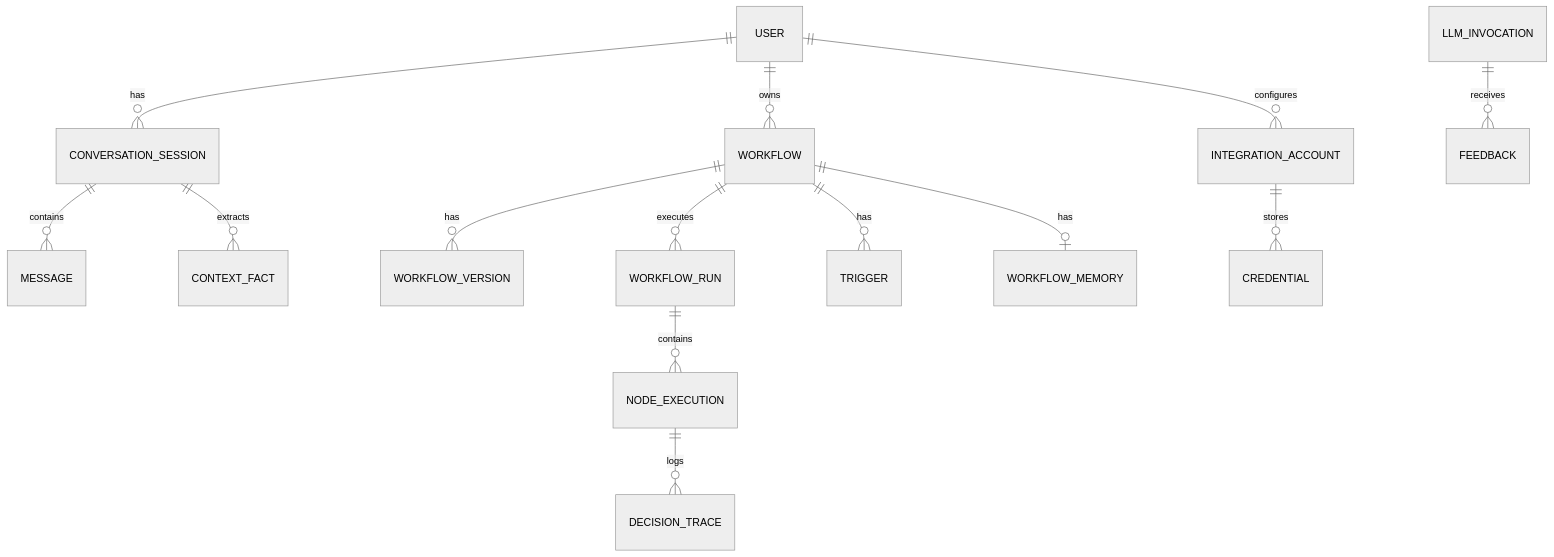
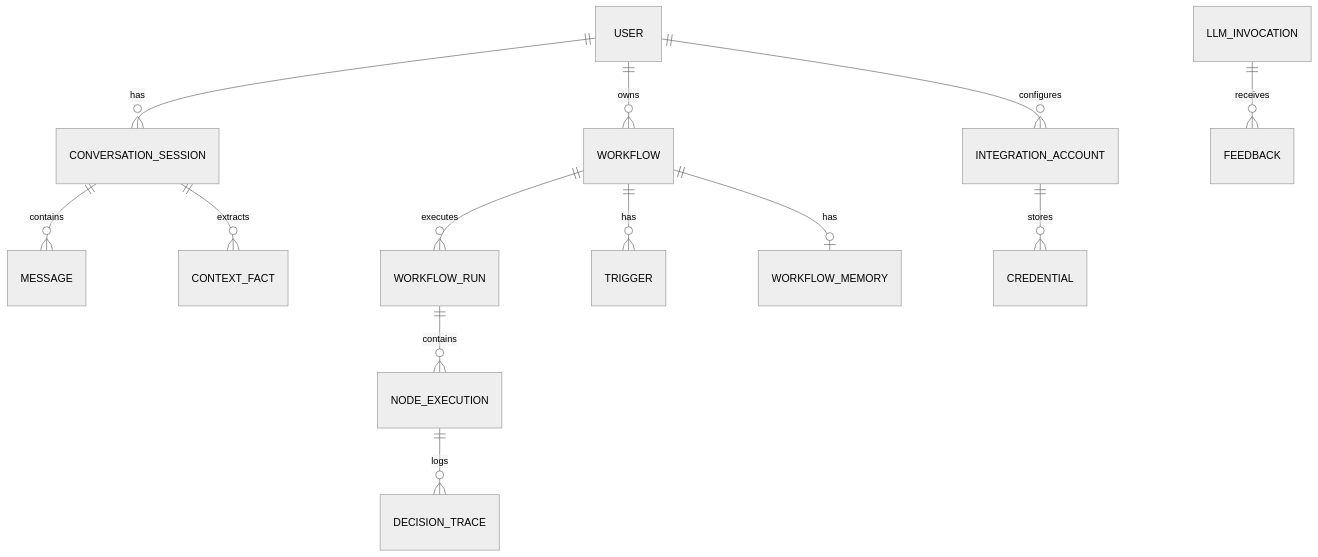
One commit to Technosorcery/silver-telegram changed the seventh of 7 diagrams in docs/architecture/ARCHITECTURE.md. Above: the diagram before and after it, drawn with Mermaid (neutral theme). The commit also changed other lines of this file and 1 other file, not shown here.

First line of the commit message:
Resolve open questions and remove workflow versioning

````diff
--- a/docs/architecture/ARCHITECTURE.md
+++ b/docs/architecture/ARCHITECTURE.md
@@ -353,21 +353,20 @@
 ```mermaid
 erDiagram
     USER ||--o{ CONVERSATION_SESSION : has
     USER ||--o{ WORKFLOW : owns
     USER ||--o{ INTEGRATION_ACCOUNT : configures
 
     CONVERSATION_SESSION ||--o{ MESSAGE : contains
     CONVERSATION_SESSION ||--o{ CONTEXT_FACT : extracts
 
-    WORKFLOW ||--o{ WORKFLOW_VERSION : has
     WORKFLOW ||--o{ WORKFLOW_RUN : executes
     WORKFLOW ||--o{ TRIGGER : has
     WORKFLOW ||--o| WORKFLOW_MEMORY : has
 
     WORKFLOW_RUN ||--o{ NODE_EXECUTION : contains
     NODE_EXECUTION ||--o{ DECISION_TRACE : logs
 
     INTEGRATION_ACCOUNT ||--o{ CREDENTIAL : stores
 
     LLM_INVOCATION ||--o{ FEEDBACK : receives
 ```
````
